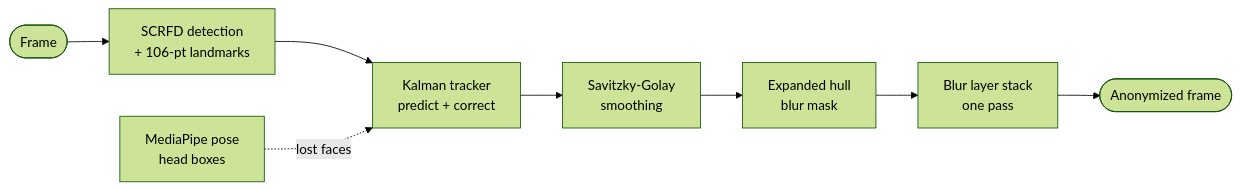
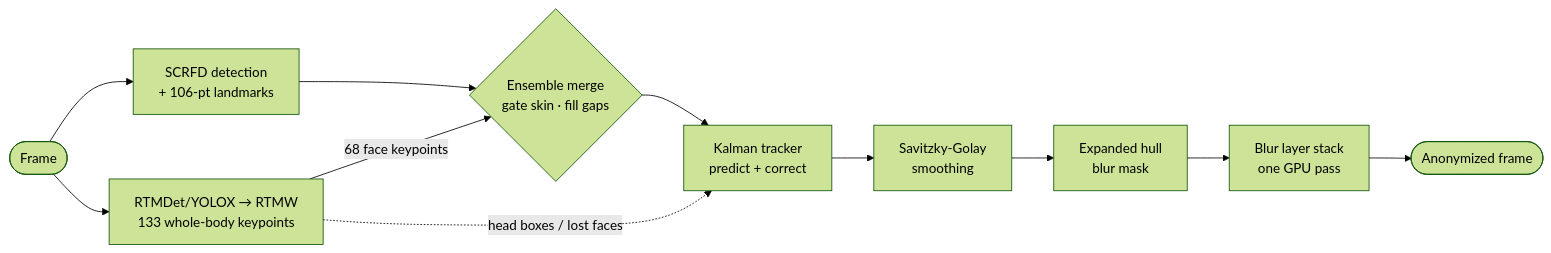
Before and after one commit to kabir0st/automated-video-privacy-pipeline: the diagram in README.md, drawn with Mermaid (forest theme). The commit also changed other lines of this file and 16 other files, not shown here.

First line of the commit message:
feat: Implement two-pass processing for offline face detection and blurring

````diff
--- a/README.md
+++ b/README.md
@@ -50,10 +50,13 @@
 ```mermaid
 flowchart LR
     A([Frame]) --> B[SCRFD detection<br/>+ 106-pt landmarks]
-    B --> C[Kalman tracker<br/>predict + correct]
-    P[MediaPipe pose<br/>head boxes] -.lost faces.-> C
+    A --> P[RTMDet/YOLOX → RTMW<br/>133 whole-body keypoints]
+    B --> M{Ensemble merge<br/>gate skin · fill gaps}
+    P -- 68 face keypoints --> M
+    M --> C[Kalman tracker<br/>predict + correct]
+    P -. head boxes / lost faces .-> C
     C --> D[Savitzky-Golay<br/>smoothing]
     D --> E[Expanded hull<br/>blur mask]
-    E --> F[Blur layer stack<br/>one pass]
+    E --> F[Blur layer stack<br/>one GPU pass]
     F --> G([Anonymized frame])
 ```
````
